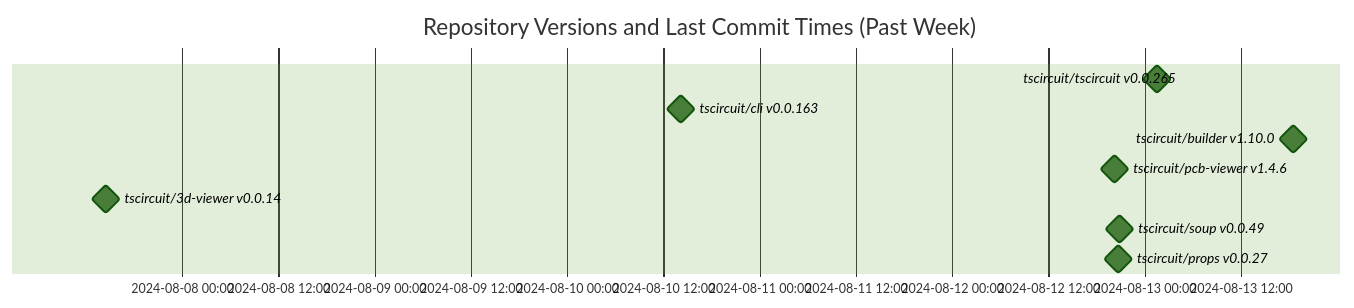
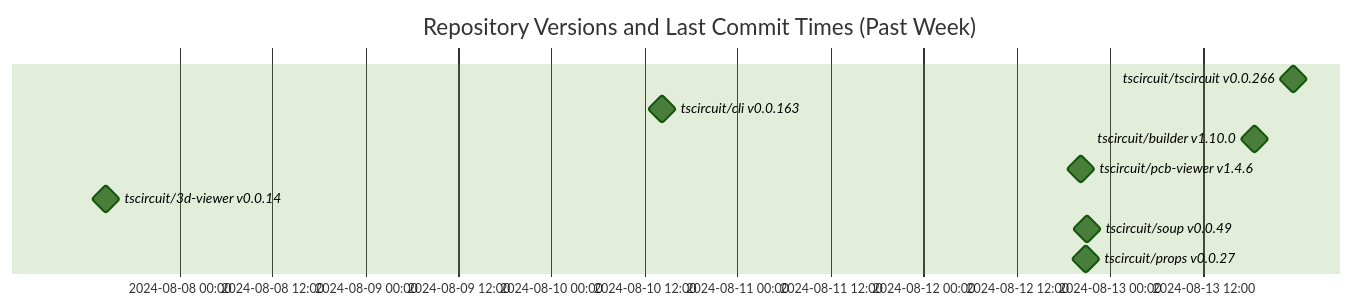
Before and after one commit to tscircuit/version-tracker: the diagram in README.md, drawn with Mermaid (forest theme).

Commit message:
Update chart

````diff
--- a/README.md
+++ b/README.md
@@ -1,14 +1,14 @@
 ```mermaid
 gantt
   dateFormat  YYYY-MM-DD HH:mm:ss
   title Repository Versions and Last Commit Times (Past Week)
   axisFormat %Y-%m-%d %H:%M
 
-  tscircuit/tscircuit v0.0.265 : milestone, 2024-08-13 01:36:49, 1s
+  tscircuit/tscircuit v0.0.266 : milestone, 2024-08-13 23:37:39, 1s
   tscircuit/cli v0.0.163 : milestone, 2024-08-10 14:15:28, 1s
   tscircuit/builder v1.10.0 : milestone, 2024-08-13 18:36:04, 1s
   tscircuit/pcb-viewer v1.4.6 : milestone, 2024-08-12 20:14:33, 1s
   tscircuit/3d-viewer v0.0.14 : milestone, 2024-08-07 14:34:01, 1s
   tscircuit/soup v0.0.49 : milestone, 2024-08-12 20:59:08, 1s
   tscircuit/props v0.0.27 : milestone, 2024-08-12 20:48:48, 1s
 ```
````
